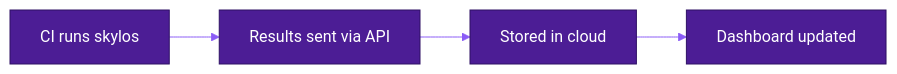
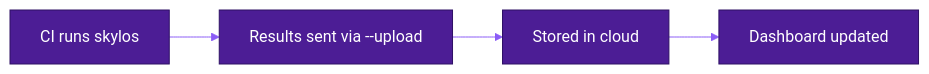
Before and after one commit to duriantaco/skylos-docs: the diagram in docs/cloud.mdx, drawn with Mermaid. The commit also changed other lines of this file and 8 other files, not shown here.

Commit message:
updates: reflecting skylos cloud

````diff
--- a/docs/cloud.mdx
+++ b/docs/cloud.mdx
@@ -88,5 +101,5 @@
 ```mermaid
 %%{init: {'theme': 'base', 'themeVariables': { 'primaryColor': '#4C1D95', 'primaryTextColor': '#fff', 'primaryBorderColor': '#2E1065', 'lineColor': '#8B5CF6'}}}%%
 flowchart LR
-    A[CI runs skylos] --> B[Results sent via API] --> C[Stored in cloud] --> D[Dashboard updated]
+    A[CI runs skylos] --> B[Results sent via --upload] --> C[Stored in cloud] --> D[Dashboard updated]
 ```
````
